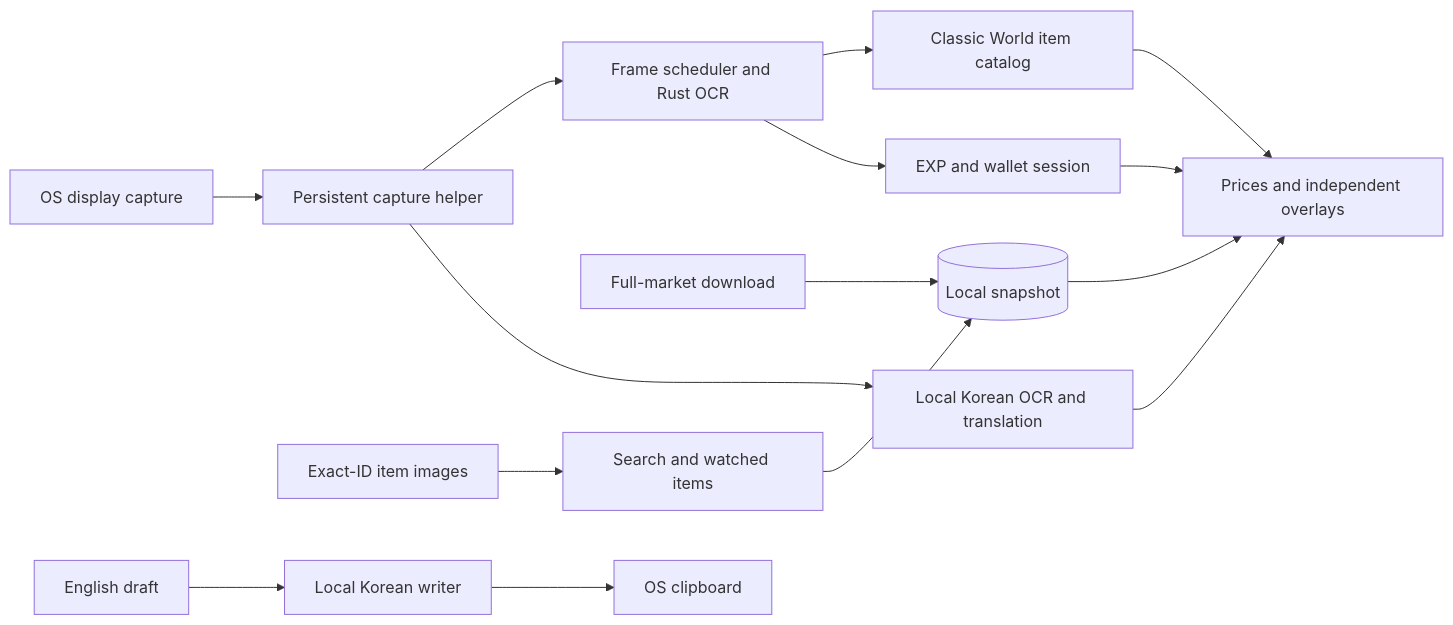
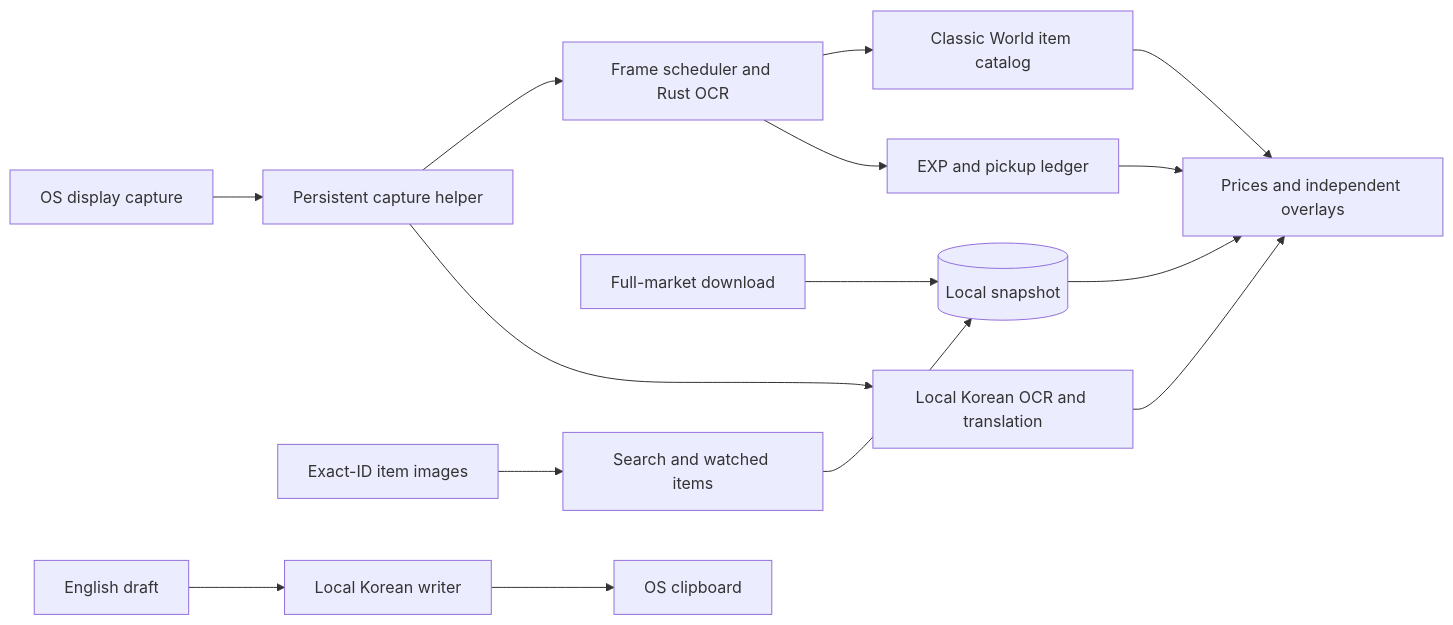
The diagram in ARCHITECTURE.md (zhuffman68/classic-price-lens), drawn with Mermaid before and after one commit. The commit also changed other lines of this file and 49 other files, not shown here.

Commit message:
Add pickup tracking and the approved compact interface

````diff
--- a/ARCHITECTURE.md
+++ b/ARCHITECTURE.md
@@ -13,17 +13,17 @@
 ```mermaid
 flowchart LR
     OS[OS display capture] --> Stream[Persistent capture helper]
     Stream --> Reader[Frame scheduler and Rust OCR]
     Reader --> Identity[Classic World item catalog]
     Identity --> UI[Prices and independent overlays]
     Snapshot[Full-market download] --> Cache[(Local snapshot)]
     Cache --> UI
     Search[Search and watched items] --> Cache
     Images[Exact-ID item images] --> Search
-    Reader --> Tracking[EXP and wallet session]
+    Reader --> Tracking[EXP and pickup ledger]
     Tracking --> UI
     Stream --> Translate[Local Korean OCR and translation]
     Translate --> UI
     Draft[English draft] --> Writer[Local Korean writer]
     Writer --> Clipboard[OS clipboard]
 ```
````
